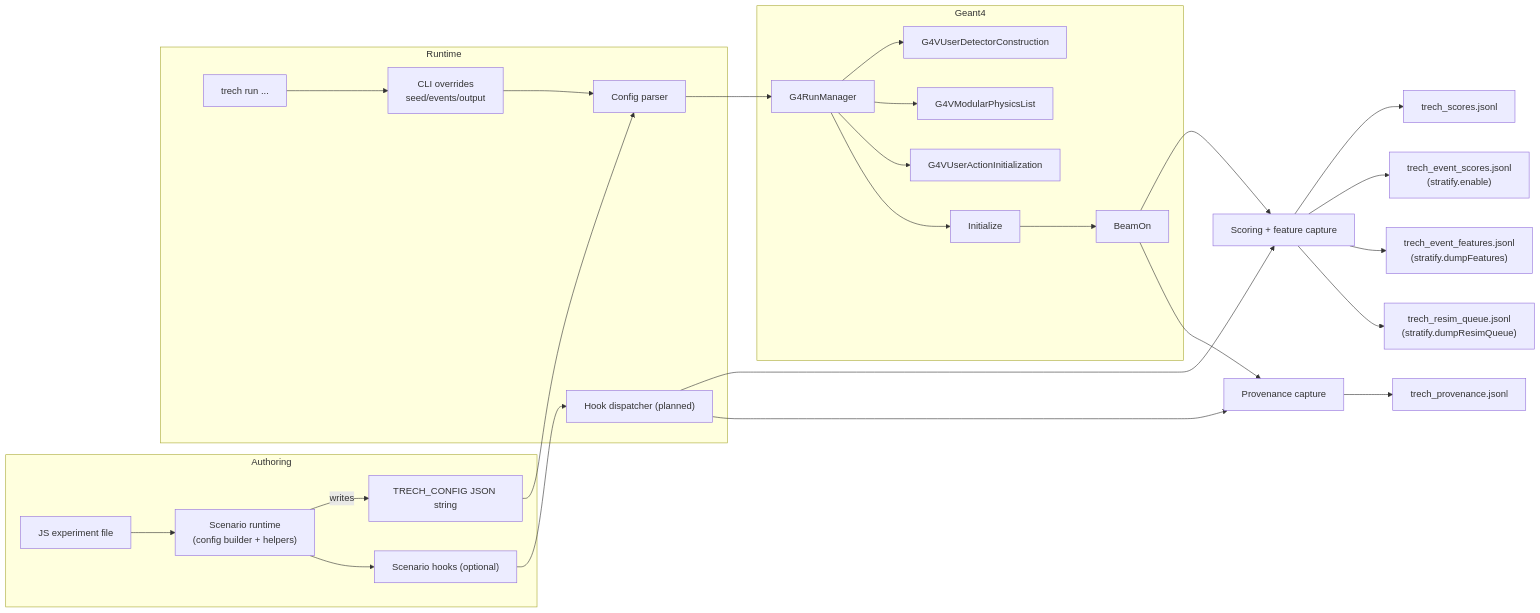
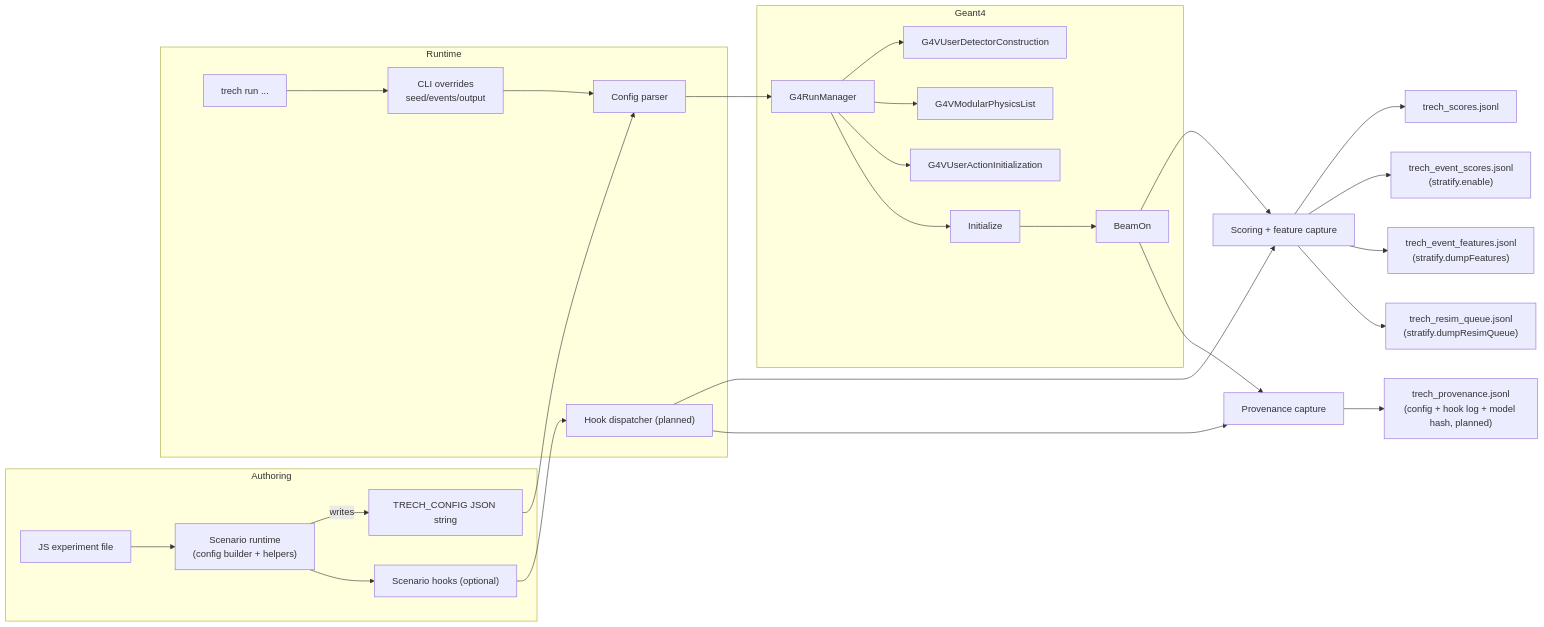
One commit to Geckos-Ink/trech changed the first of 8 diagrams in CHARTS.md. Above: the diagram before and after it, drawn with Mermaid. The commit also changed other lines of this file and 6 other files, not shown here.

````diff
--- a/CHARTS.md
+++ b/CHARTS.md
@@ -9,31 +9,31 @@
 ```mermaid
 flowchart LR
   subgraph Authoring
     JS["JS experiment file"] --> SCEN["Scenario runtime\n(config builder + helpers)"]
     SCEN -->|writes| CFG["TRECH_CONFIG JSON string"]
     SCEN --> HOOKS["Scenario hooks (optional)"]
   end
   subgraph Runtime
     CLI["trech run ..."] --> OV["CLI overrides\nseed/events/output"]
     CFG --> PARSE["Config parser"]
     OV --> PARSE
     HOOKS --> HOOKDISP["Hook dispatcher (planned)"]
   end
   subgraph Geant4
     PARSE --> RM["G4RunManager"]
     RM --> DET["G4VUserDetectorConstruction"]
     RM --> PHY["G4VModularPhysicsList"]
     RM --> ACT["G4VUserActionInitialization"]
     RM --> INIT["Initialize"]
     INIT --> BEAM["BeamOn"]
   end
   BEAM --> SCORE["Scoring + feature capture"]
   BEAM --> PROV["Provenance capture"]
   HOOKDISP --> SCORE
   HOOKDISP --> PROV
   SCORE --> OUT1["trech_scores.jsonl"]
   SCORE --> OUT2["trech_event_scores.jsonl\n(stratify.enable)"]
   SCORE --> OUT3["trech_event_features.jsonl\n(stratify.dumpFeatures)"]
   SCORE --> OUT4["trech_resim_queue.jsonl\n(stratify.dumpResimQueue)"]
-  PROV --> OUT5["trech_provenance.jsonl"]
+  PROV --> OUT5["trech_provenance.jsonl\n(config + hook log + model hash, planned)"]
 ```
````
